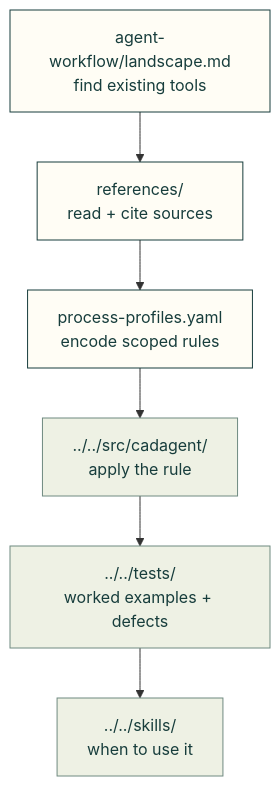
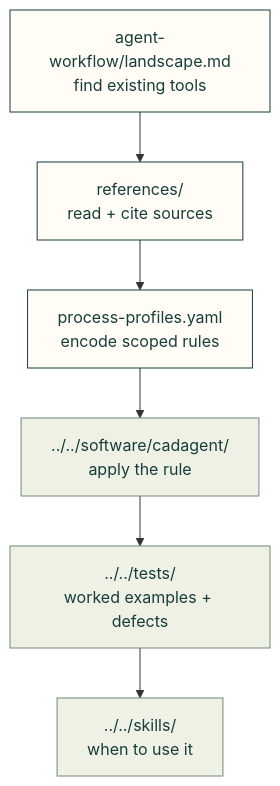
Before and after one commit to Valpatel/cad-agent: the diagram in docs/research/README.md, drawn with Mermaid. The commit also changed other lines of this file and 5109 other files, not shown here.

````diff
--- a/docs/research/README.md
+++ b/docs/research/README.md
@@ -7,12 +7,12 @@
 ```mermaid
 flowchart TD
     L["agent-workflow/landscape.md<br/>find existing tools"] --> R["references/<br/>read + cite sources"]
     R --> P["process-profiles.yaml<br/>encode scoped rules"]
-    P --> C["../../src/cadagent/<br/>apply the rule"]
+    P --> C["../../software/cadagent/<br/>apply the rule"]
     C --> T["../../tests/<br/>worked examples + defects"]
     T --> S["../../skills/<br/>when to use it"]
     classDef here fill:#fffdf5,stroke:#173d3c,color:#173d3c
     classDef near fill:#eef1e4,stroke:#6f8a80,color:#173d3c
     class L,R,P here
     class C,T,S near
 ```
````
